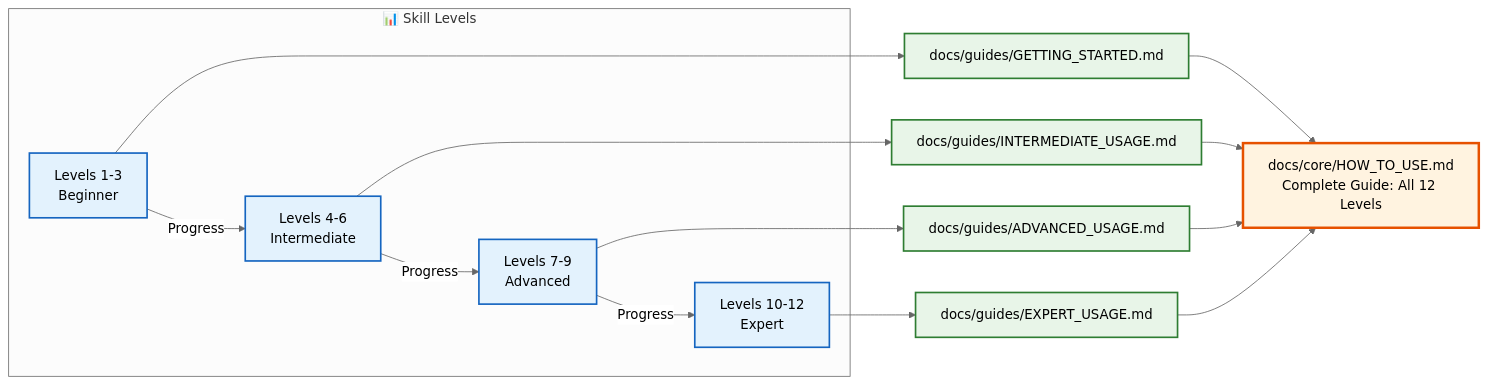
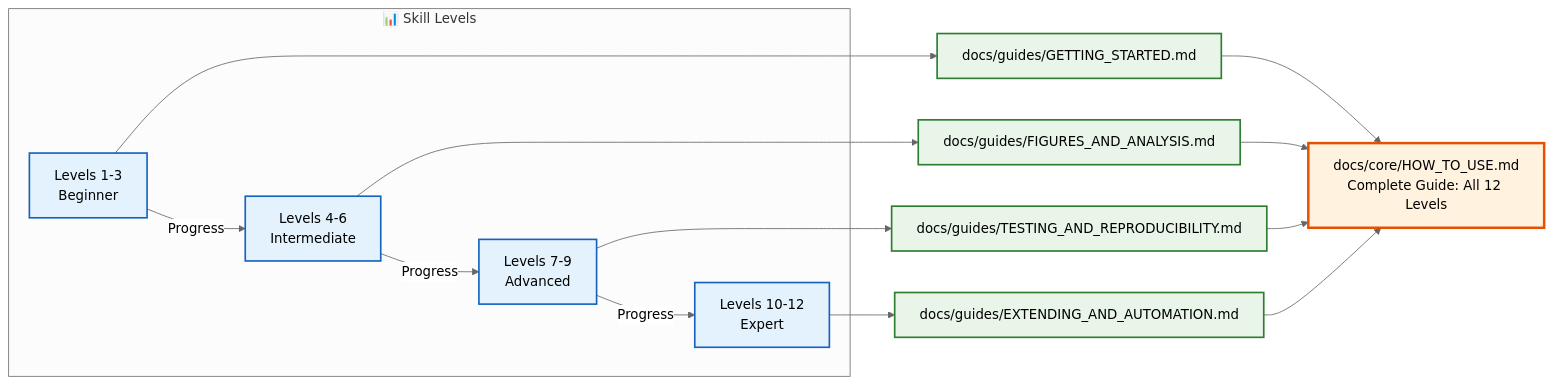
Before and after one commit to docxology/template: the fifth of 14 diagrams in README.md, drawn with Mermaid (neutral theme). The commit also changed other lines of this file and 1497 other files, not shown here.

````diff
--- a/README.md
+++ b/README.md
@@ -386,31 +411,31 @@
 ```mermaid
 flowchart LR
     subgraph Levels["📊 Skill Levels"]
         L1[Levels 1-3\nBeginner]
         L2[Levels 4-6\nIntermediate]
         L3[Levels 7-9\nAdvanced]
         L4[Levels 10-12\nExpert]
     end
     
     L1 -->|Progress| L2
     L2 -->|Progress| L3
     L3 -->|Progress| L4
     
     L1 --> DOC1[docs/guides/GETTING_STARTED.md]
-    L2 --> DOC2[docs/guides/INTERMEDIATE_USAGE.md]
-    L3 --> DOC3[docs/guides/ADVANCED_USAGE.md]
-    L4 --> DOC4[docs/guides/EXPERT_USAGE.md]
+    L2 --> DOC2[docs/guides/FIGURES_AND_ANALYSIS.md]
+    L3 --> DOC3[docs/guides/TESTING_AND_REPRODUCIBILITY.md]
+    L4 --> DOC4[docs/guides/EXTENDING_AND_AUTOMATION.md]
     
     DOC1 --> MASTER[docs/core/HOW_TO_USE.md\nComplete Guide: All 12 Levels]
     DOC2 --> MASTER
     DOC3 --> MASTER
     DOC4 --> MASTER
     
     classDef level fill:#e3f2fd,stroke:#1565c0,stroke-width:2px
     classDef doc fill:#e8f5e8,stroke:#2e7d32,stroke-width:2px
     classDef master fill:#fff3e0,stroke:#e65100,stroke-width:3px
     
     class L1,L2,L3,L4 level
     class DOC1,DOC2,DOC3,DOC4 doc
     class MASTER master
 ```
````
